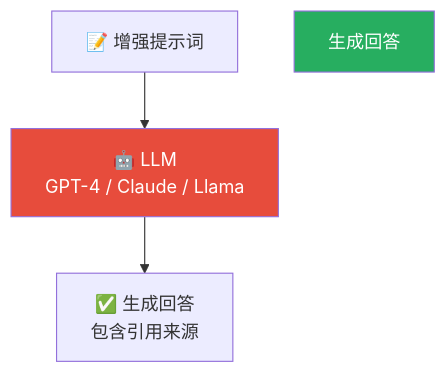
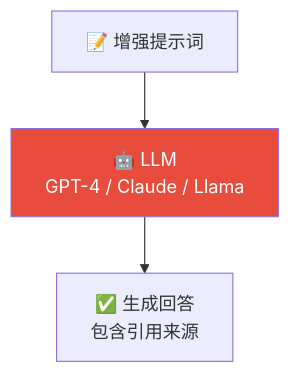
One commit to dd-xiaozhi/study-notes changed diagram 12 of 16 in ai-agent/rag/01_basics.md. Above: the diagram before and after it, drawn with Mermaid. The commit also changed other lines of this file and 19 other files, not shown here.

````diff
--- a/ai-agent/rag/01_basics.md
+++ b/ai-agent/rag/01_basics.md
@@ -695,8 +687,7 @@
 ```mermaid
 flowchart TB
     PROMPT[📝 增强提示词] --> LLM[🤖 LLM<br/>GPT-4 / Claude / Llama]
     LLM --> RESP[✅ 生成回答<br/>包含引用来源]
 
     style LLM fill:#e74c3c,color:#fff
-    style 生成回答 fill:#27ae60,color:#fff
 ```
````
